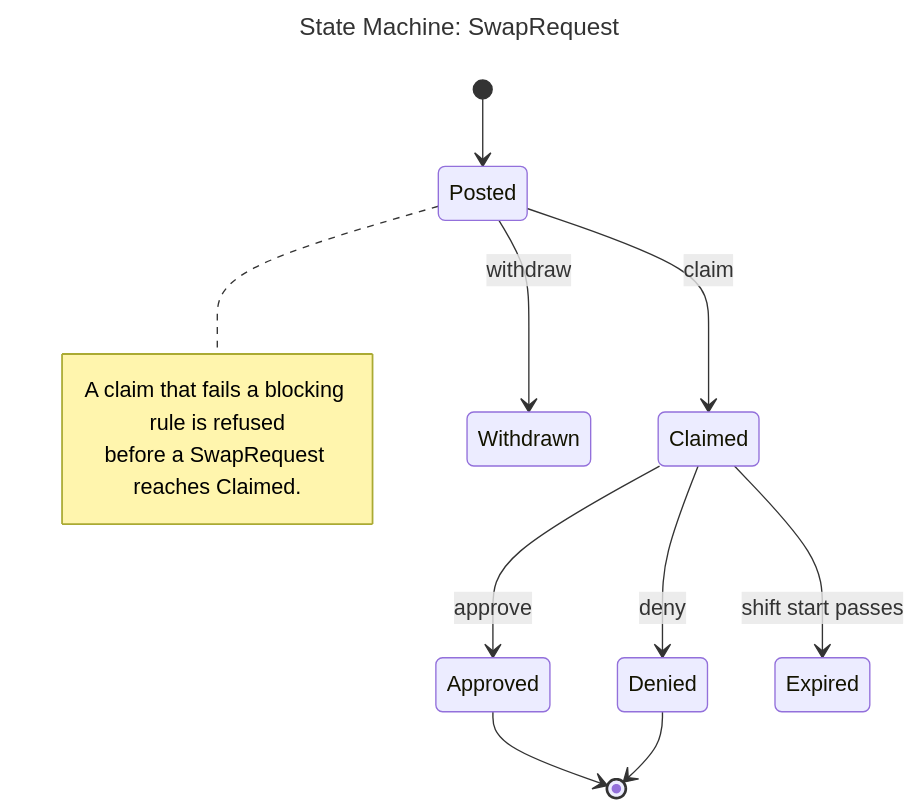
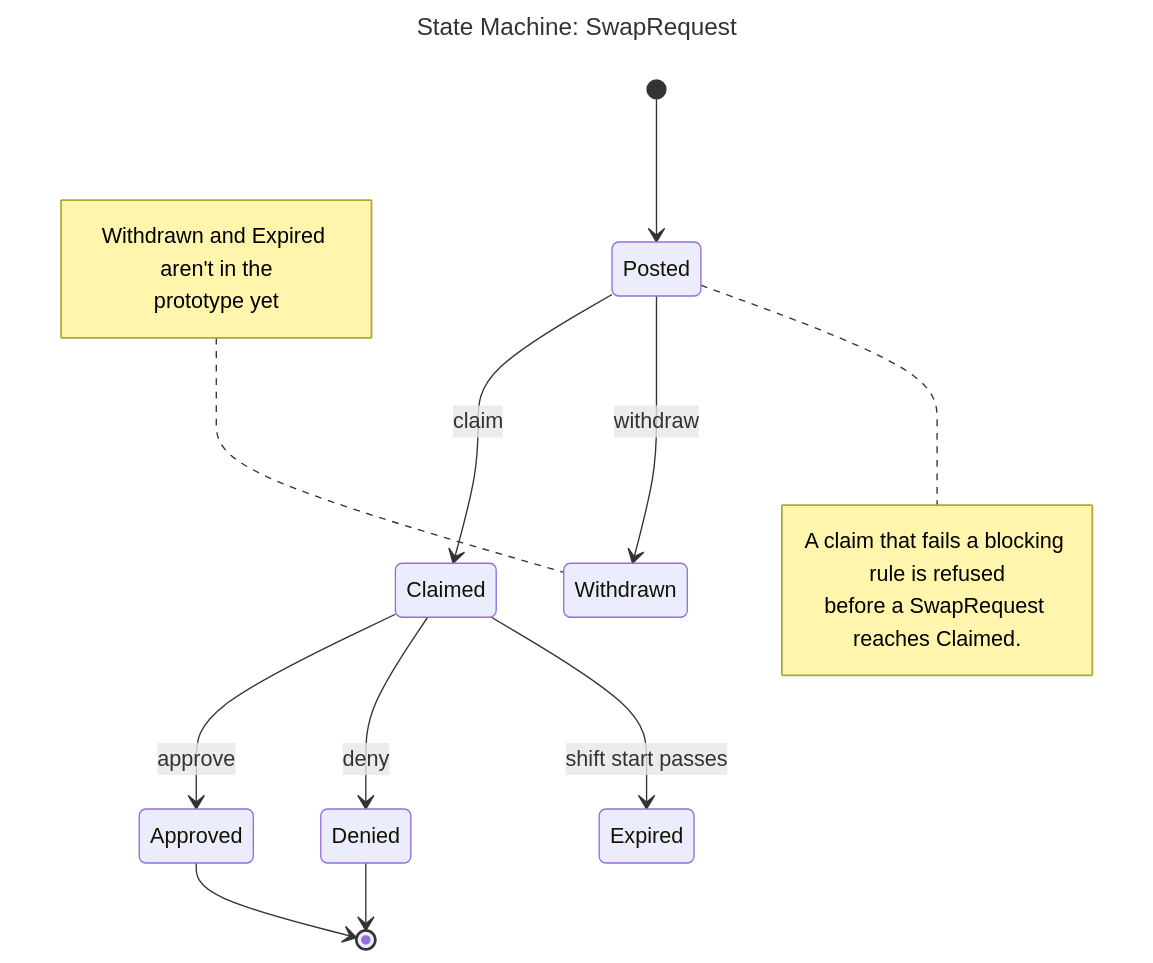
One commit to perfettiful/ShiftChex changed the diagram in diagrams/state_swap.mmd. Above: the diagram before and after it, drawn with Mermaid. The commit also changed 43 other files, not shown here.

```diff
--- a/diagrams/state_swap.mmd
+++ b/diagrams/state_swap.mmd
@@ -1,17 +1,22 @@
 ---
 title: "State Machine: SwapRequest"
 ---
 stateDiagram-v2
     [*] --> Posted
     Posted --> Claimed : claim
     Posted --> Withdrawn : withdraw
     Claimed --> Approved : approve
     Claimed --> Denied : deny
     Claimed --> Expired : shift start passes
     Approved --> [*]
     Denied --> [*]
 
     note right of Posted
         A claim that fails a blocking rule is refused
         before a SwapRequest reaches Claimed.
     end note
+
+    note left of Withdrawn
+        Withdrawn and Expired aren't in the
+        prototype yet
+    end note
```
